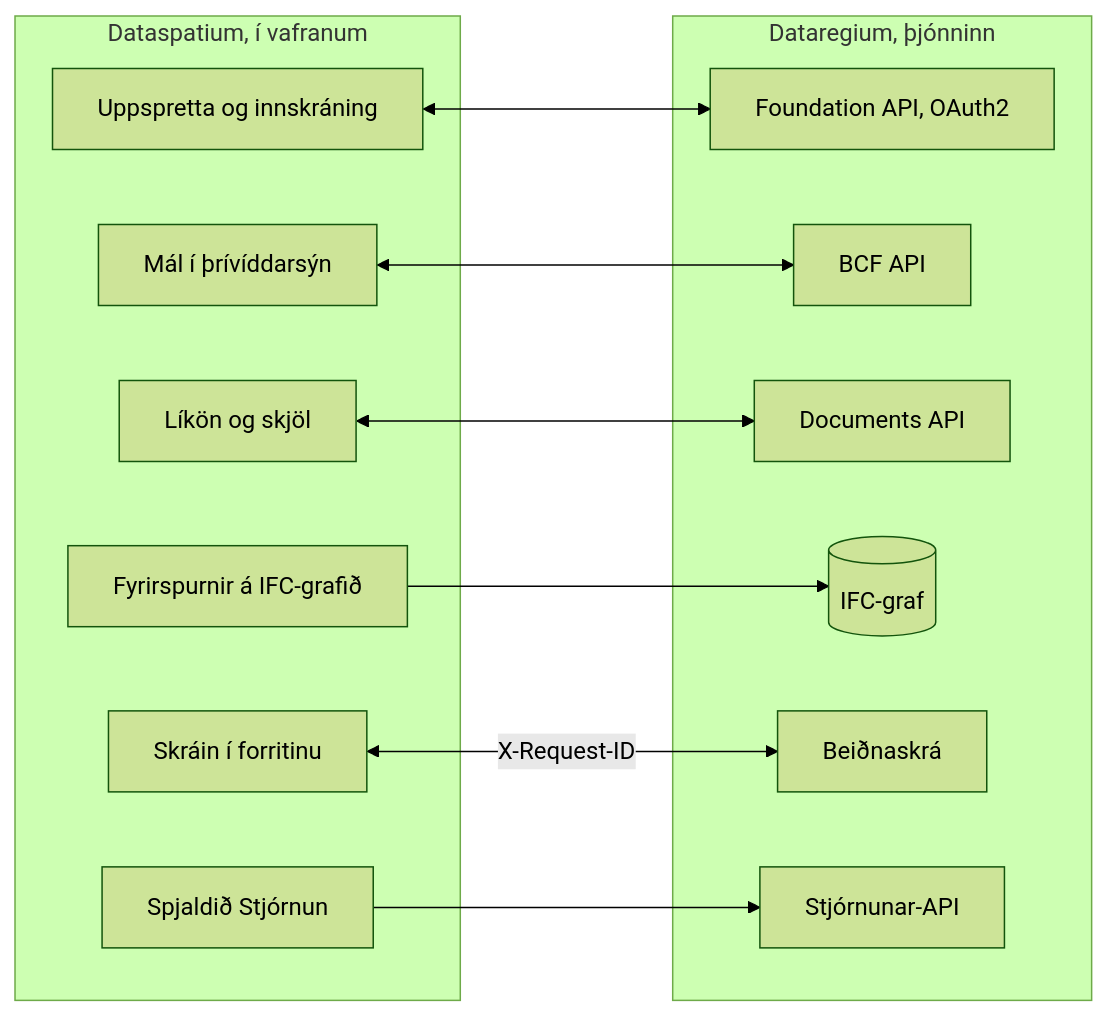
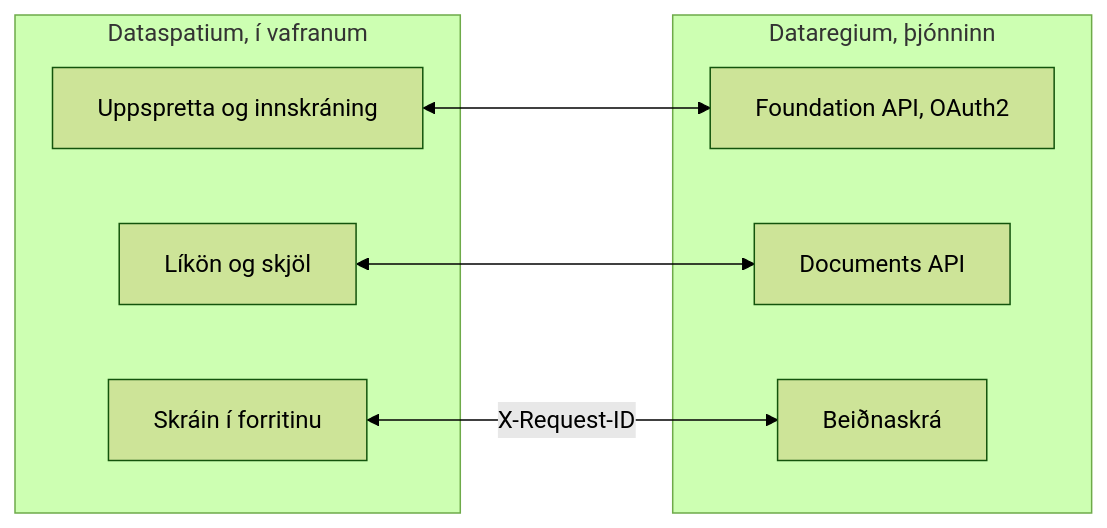
Before and after one commit to marwiss/Kontroll: the diagram in docs/is/README.md, drawn with Mermaid (forest theme). The commit also changed other lines of this file and 6 other files, not shown here.

````diff
--- a/docs/is/README.md
+++ b/docs/is/README.md
@@ -328,25 +312,16 @@
 ```mermaid
 flowchart LR
     subgraph app ["Dataspatium, í vafranum"]
         source["Uppspretta og innskráning"]
-        issues["Mál í þrívíddarsýn"]
         files["Líkön og skjöl"]
-        queries["Fyrirspurnir á IFC-grafið"]
         log["Skráin í forritinu"]
-        admin["Spjaldið Stjórnun"]
     end
     subgraph server ["Dataregium, þjónninn"]
         foundation["Foundation API, OAuth2"]
-        bcf["BCF API"]
         documents["Documents API"]
-        ifcgraph[("IFC-graf")]
         requests["Beiðnaskrá"]
-        adminapi["Stjórnunar-API"]
     end
     source <--> foundation
-    issues <--> bcf
     files <--> documents
-    queries --> ifcgraph
     log <-- "X-Request-ID" --> requests
-    admin --> adminapi
 ```
````
